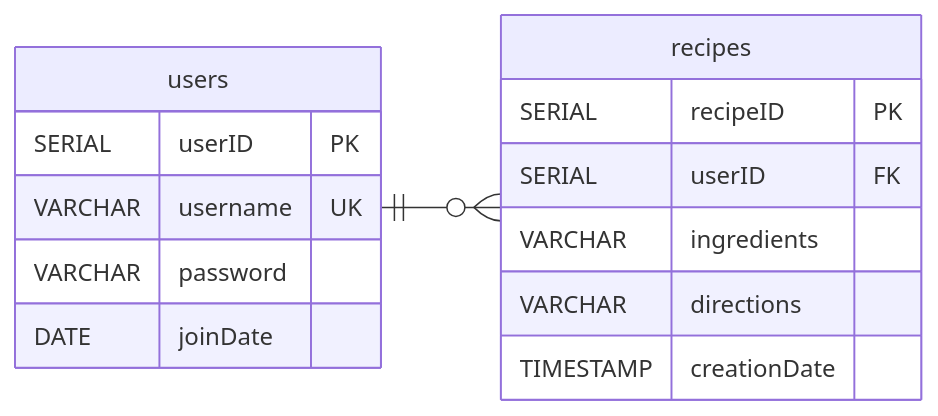
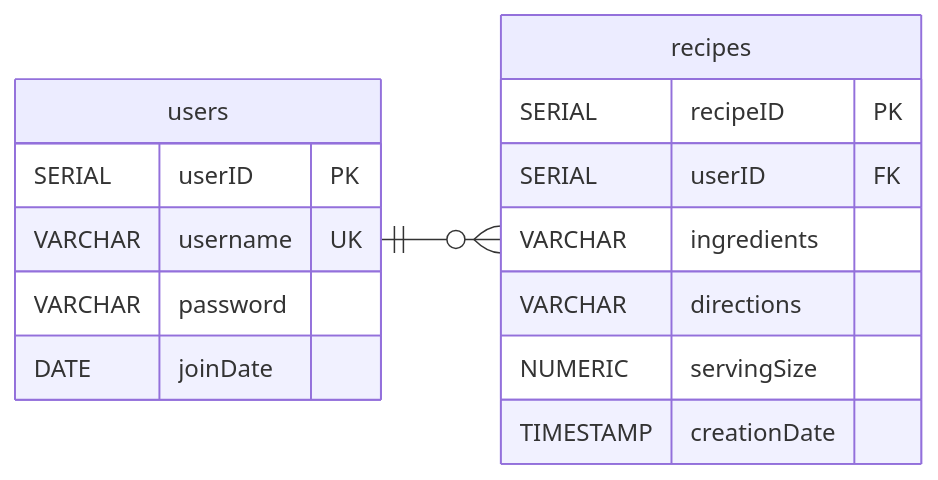
Before and after one commit to tomomelton/Chefs-Handbook: the diagram in README.md, drawn with Mermaid.

Commit message:
Add servingSize field to recipe table in README

````diff
--- a/README.md
+++ b/README.md
@@ -63,20 +63,21 @@
 ``` mermaid
 erDiagram
     direction LR
     users ||--o{ recipes : ""
 
     users {
         SERIAL userID PK
         VARCHAR username UK
         VARCHAR password
         DATE joinDate
     }
 
     recipes {
         SERIAL recipeID PK
         SERIAL userID FK
         VARCHAR ingredients
         VARCHAR directions
+        NUMERIC servingSize
         TIMESTAMP creationDate
     }
 ```
````
